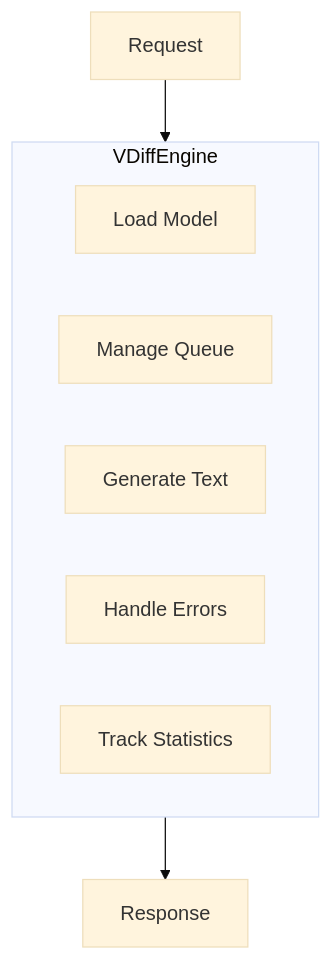
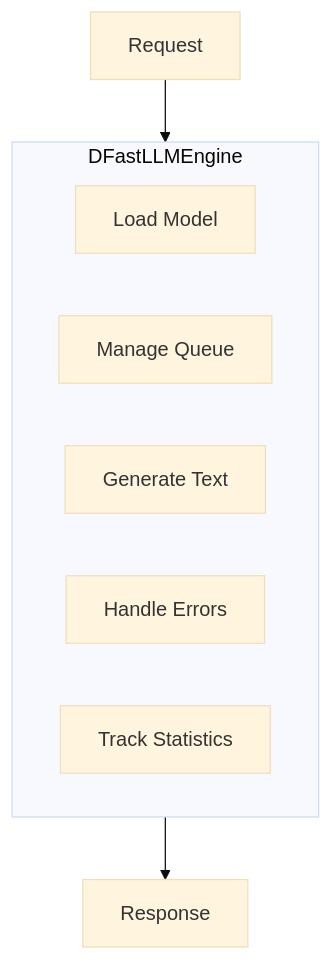
One commit to mwaykole/vdiff changed the first of 16 diagrams in docs/dev-doc/04-engine.md. Above: the diagram before and after it, drawn with Mermaid (base theme). The commit also changed other lines of this file and 53 other files, not shown here.

````diff
--- a/docs/dev-doc/04-engine.md
+++ b/docs/dev-doc/04-engine.md
@@ -13,13 +13,13 @@
 ```mermaid
 flowchart TB
-    subgraph Engine["VDiffEngine"]
+    subgraph Engine["DFastLLMEngine"]
         LOAD["Load Model"]
         QUEUE["Manage Queue"]
         GEN["Generate Text"]
         ERROR["Handle Errors"]
         STATS["Track Statistics"]
     end
     
     INPUT[Request] --> Engine
     Engine --> OUTPUT[Response]
 ```
````
